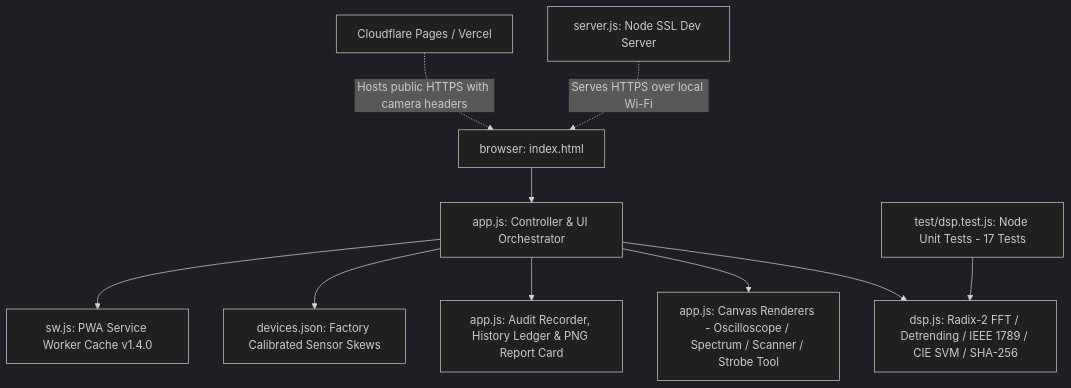
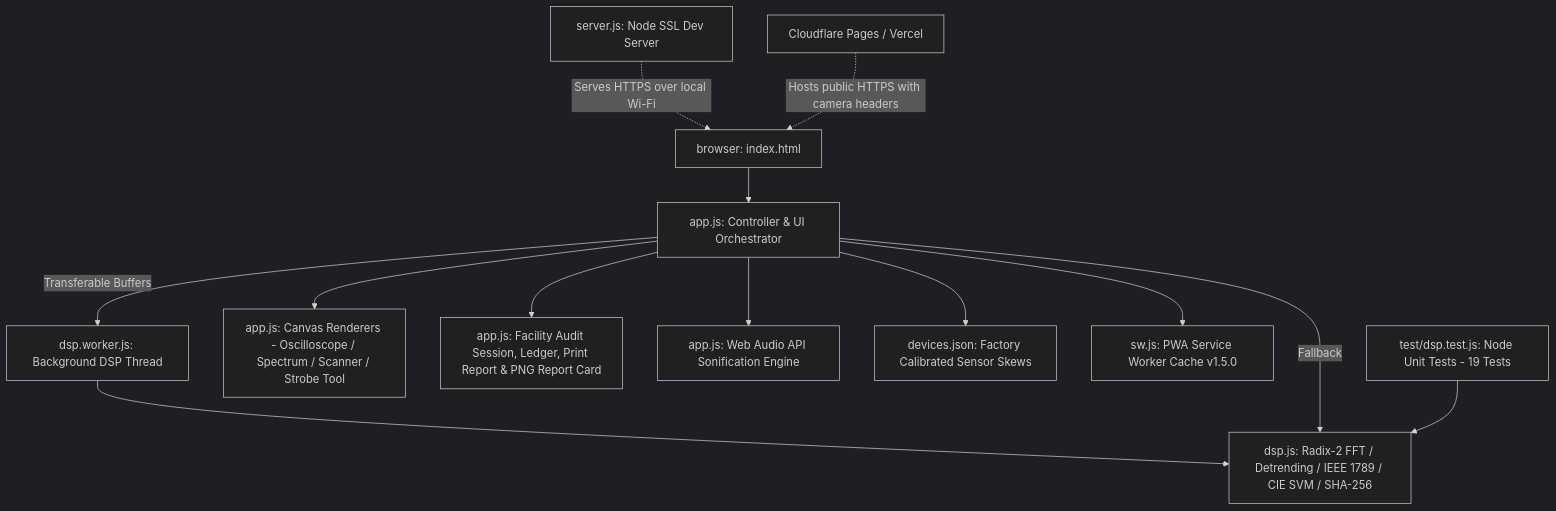
One commit to tonym128/flash_light changed the diagram in AGENT.md. Above: the diagram before and after it, drawn with Mermaid (dark theme). The commit also changed other lines of this file and 9 other files, not shown here.

Commit message:
Release v1.5.0: Dedicated Web Worker DSP, Ambient DC Baseline Tare, Web Audio Sonification, and Consolidated Facility Audit PDF Reports

````diff
--- a/AGENT.md
+++ b/AGENT.md
@@ -11,12 +11,15 @@
 ```mermaid
 graph TD
     A[browser: index.html] --> B[app.js: Controller & UI Orchestrator]
-    B --> C[dsp.js: Radix-2 FFT / Detrending / IEEE 1789 / CIE SVM / SHA-256]
+    B -->|Transferable Buffers| K[dsp.worker.js: Background DSP Thread]
+    K --> C[dsp.js: Radix-2 FFT / Detrending / IEEE 1789 / CIE SVM / SHA-256]
+    B -->|Fallback| C
     B --> D[app.js: Canvas Renderers - Oscilloscope / Spectrum / Scanner / Strobe Tool]
-    B --> E[app.js: Audit Recorder, History Ledger & PNG Report Card]
+    B --> E[app.js: Facility Audit Session, Ledger, Print Report & PNG Report Card]
+    B --> L[app.js: Web Audio API Sonification Engine]
     B --> F[devices.json: Factory Calibrated Sensor Skews]
-    B --> G[sw.js: PWA Service Worker Cache v1.4.0]
-    H[test/dsp.test.js: Node Unit Tests - 17 Tests] --> C
+    B --> G[sw.js: PWA Service Worker Cache v1.5.0]
+    H[test/dsp.test.js: Node Unit Tests - 19 Tests] --> C
     I[server.js: Node SSL Dev Server] -.->|Serves HTTPS over local Wi-Fi| A
     J[Cloudflare Pages / Vercel] -.->|Hosts public HTTPS with camera headers| A
 ```
````
